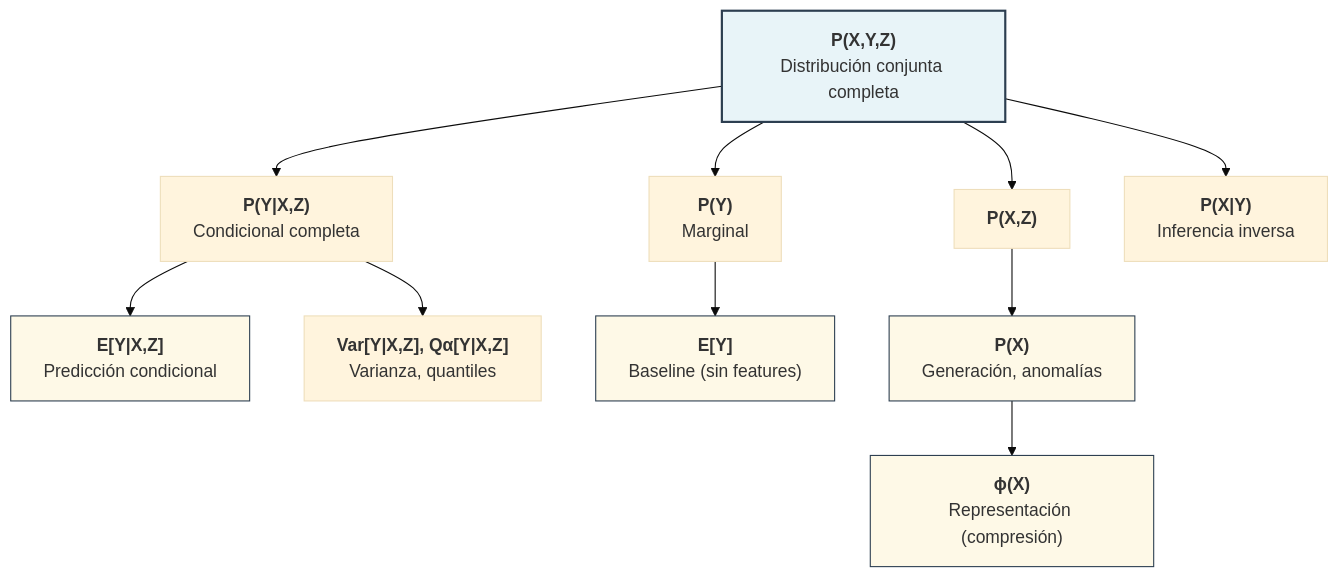
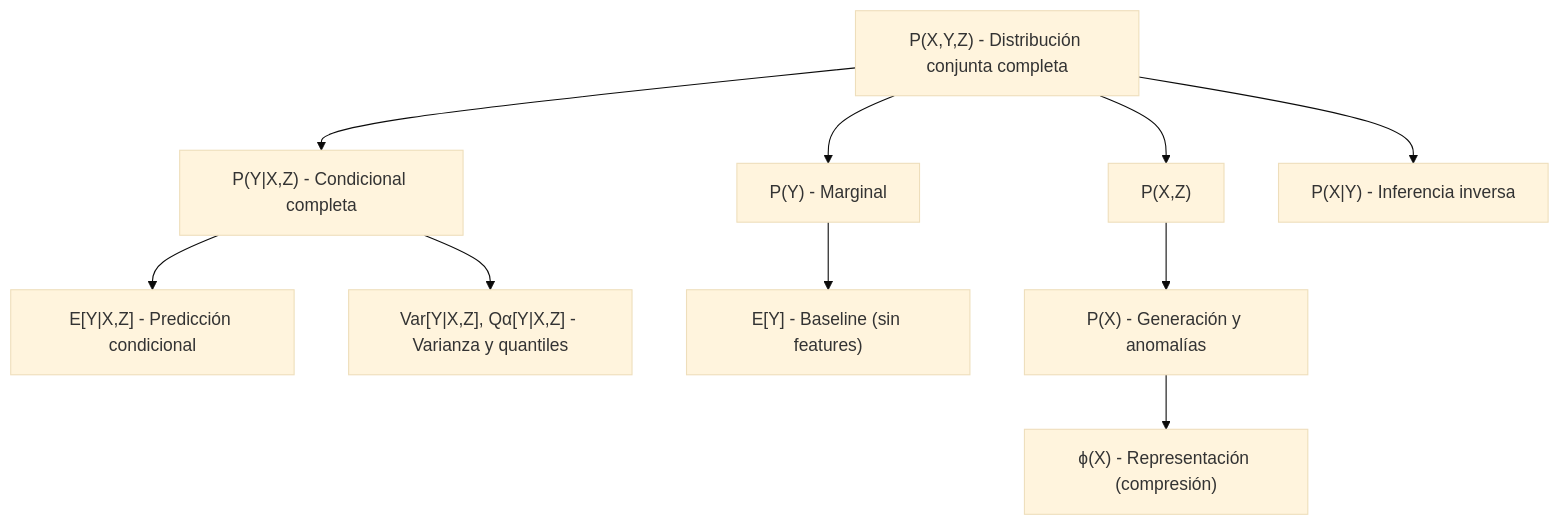
The first of 2 diagrams in clase/08_prediccion/01_el_problema_fundamental.md (KarolCisneros/ia_p26), drawn with Mermaid (base theme) before and after one commit. The commit also changed other lines of this file and 16 other files, not shown here.

````diff
--- a/clase/08_prediccion/01_el_problema_fundamental.md
+++ b/clase/08_prediccion/01_el_problema_fundamental.md
@@ -166,23 +166,17 @@
 ```mermaid
 flowchart TD
-    PXY["<b>P(X,Y,Z)</b><br/>Distribución conjunta completa"]
+    PXY["P(X,Y,Z) - Distribución conjunta completa"]
 
-    PXY --> PYX["<b>P(Y|X,Z)</b><br/>Condicional completa"]
-    PYX --> EYX["<b>E[Y|X,Z]</b><br/>Predicción condicional"]
-    PYX --> VarQ["<b>Var[Y|X,Z], Qα[Y|X,Z]</b><br/>Varianza, quantiles"]
+    PXY --> PYX["P(Y|X,Z) - Condicional completa"]
+    PYX --> EYX["E[Y|X,Z] - Predicción condicional"]
+    PYX --> VarQ["Var[Y|X,Z], Qα[Y|X,Z] - Varianza y quantiles"]
 
-    PXY --> PY["<b>P(Y)</b><br/>Marginal"]
-    PY --> EY["<b>E[Y]</b><br/>Baseline (sin features)"]
+    PXY --> PY["P(Y) - Marginal"]
+    PY --> EY["E[Y] - Baseline (sin features)"]
 
-    PXY --> PXZ["<b>P(X,Z)</b>"]
-    PXZ --> PX["<b>P(X)</b><br/>Generación, anomalías"]
-    PX --> PHI["<b>ϕ(X)</b><br/>Representación (compresión)"]
+    PXY --> PXZ["P(X,Z)"]
+    PXZ --> PX["P(X) - Generación y anomalías"]
+    PX --> PHI["ϕ(X) - Representación (compresión)"]
 
-    PXY --> PXgivenY["<b>P(X|Y)</b><br/>Inferencia inversa"]
-
-    style PXY fill:#e8f4f8,stroke:#2c3e50,stroke-width:2px
-    style EYX fill:#fef9e7,stroke:#2c3e50
-    style EY fill:#fef9e7,stroke:#2c3e50
-    style PX fill:#fef9e7,stroke:#2c3e50
-    style PHI fill:#fef9e7,stroke:#2c3e50
+    PXY --> PXgivenY["P(X|Y) - Inferencia inversa"]
 ```
````
